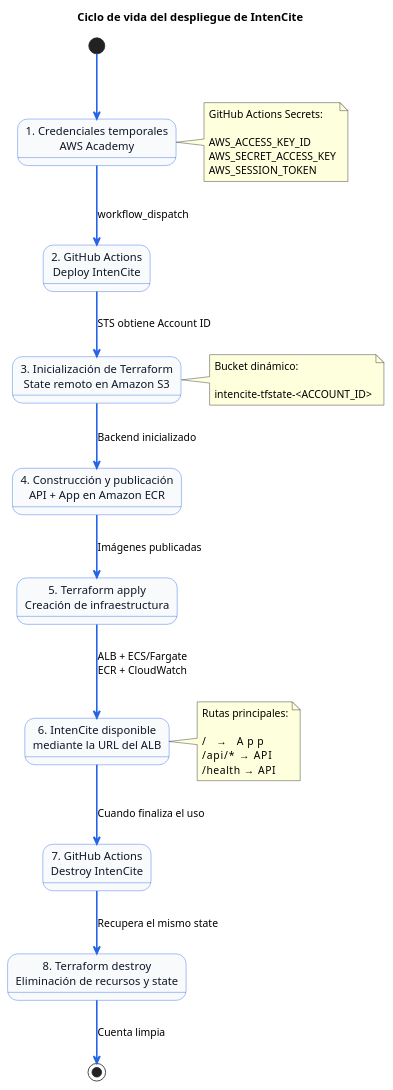
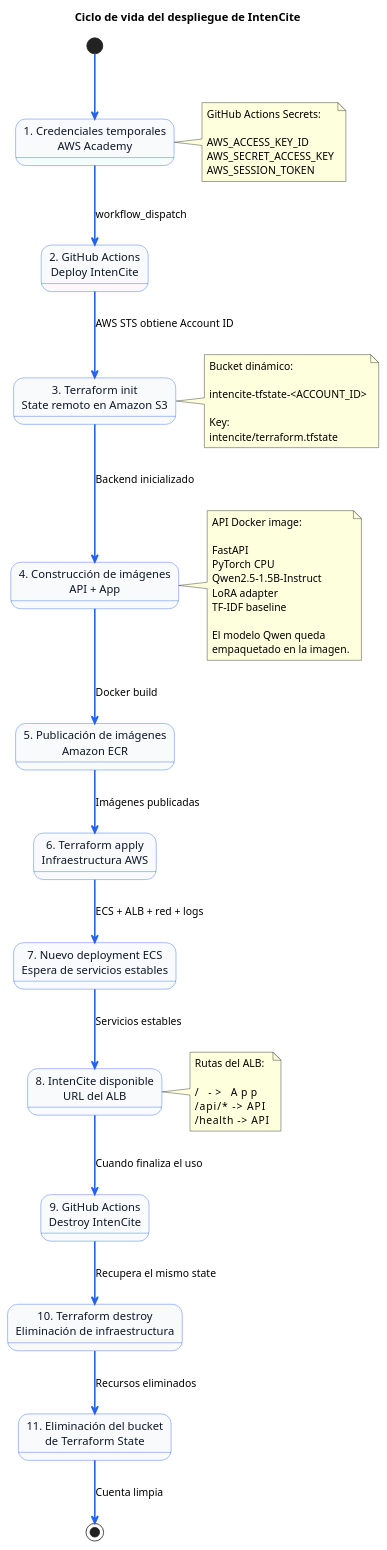
Before and after one commit to jtorresor/citation-recommendation-nlp: the diagram in docs/diagrams/01-flujo-github-actions.puml, drawn with PlantUML. The commit also changed 14 other files, not shown here.

Commit message:
Actualización de toda la documentación con Qwen+Lora y las versiones de despliegue local y en AWS

```diff
--- a/docs/diagrams/01-flujo-github-actions.puml
+++ b/docs/diagrams/01-flujo-github-actions.puml
@@ -1,64 +1,85 @@
 @startuml
 title Ciclo de vida del despliegue de IntenCite
 
 top to bottom direction
 
 skinparam backgroundColor #FFFFFF
 skinparam shadowing false
 skinparam defaultFontName Arial
 skinparam ArrowColor #2563EB
 skinparam ArrowThickness 2
 skinparam state {
     BackgroundColor #F8FAFC
     BorderColor #2563EB
     FontColor #0F172A
     StartColor #16A34A
     EndColor #DC2626
 }
 
 state "1. Credenciales temporales\nAWS Academy" as Credentials
 state "2. GitHub Actions\nDeploy IntenCite" as Deploy
-state "3. Inicialización de Terraform\nState remoto en Amazon S3" as State
-state "4. Construcción y publicación\nAPI + App en Amazon ECR" as Images
-state "5. Terraform apply\nCreación de infraestructura" as Apply
-state "6. IntenCite disponible\nmediante la URL del ALB" as Running
-state "7. GitHub Actions\nDestroy IntenCite" as Destroy
-state "8. Terraform destroy\nEliminación de recursos y state" as Cleanup
+state "3. Terraform init\nState remoto en Amazon S3" as State
+state "4. Construcción de imágenes\nAPI + App" as Build
+state "5. Publicación de imágenes\nAmazon ECR" as Images
+state "6. Terraform apply\nInfraestructura AWS" as Apply
+state "7. Nuevo deployment ECS\nEspera de servicios estables" as Stabilize
+state "8. IntenCite disponible\nURL del ALB" as Running
+state "9. GitHub Actions\nDestroy IntenCite" as Destroy
+state "10. Terraform destroy\nEliminación de infraestructura" as Cleanup
+state "11. Eliminación del bucket\nde Terraform State" as StateCleanup
 
 [*] --> Credentials
 
 Credentials --> Deploy : workflow_dispatch
 
-Deploy --> State : STS obtiene Account ID
-State --> Images : Backend inicializado
+Deploy --> State : AWS STS obtiene Account ID
+State --> Build : Backend inicializado
+Build --> Images : Docker build
 Images --> Apply : Imágenes publicadas
-
-Apply --> Running : ALB + ECS/Fargate\nECR + CloudWatch
+Apply --> Stabilize : ECS + ALB + red + logs
+Stabilize --> Running : Servicios estables
 
 Running --> Destroy : Cuando finaliza el uso
 Destroy --> Cleanup : Recupera el mismo state
-Cleanup --> [*] : Cuenta limpia
+Cleanup --> StateCleanup : Recursos eliminados
+StateCleanup --> [*] : Cuenta limpia
 
 note right of Credentials
 GitHub Actions Secrets:
 
 AWS_ACCESS_KEY_ID
 AWS_SECRET_ACCESS_KEY
 AWS_SESSION_TOKEN
 end note
 
 note right of State
 Bucket dinámico:
 
 intencite-tfstate-<ACCOUNT_ID>
+
+Key:
+intencite/terraform.tfstate
+end note
+
+note right of Build
+API Docker image:
+
+FastAPI
+PyTorch CPU
+Qwen2.5-1.5B-Instruct
+LoRA adapter
+TF-IDF baseline
+
+El modelo Qwen queda
+empaquetado en la imagen.
 end note
 
 note right of Running
-Rutas principales:
+Rutas del ALB:
 
-/          → App
-/api/*     → API
-/health    → API
+/          -> App
+/api/*     -> API
+/health    -> API
 end note
 
 @enduml
```
